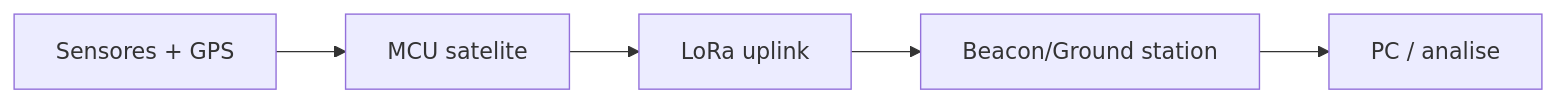
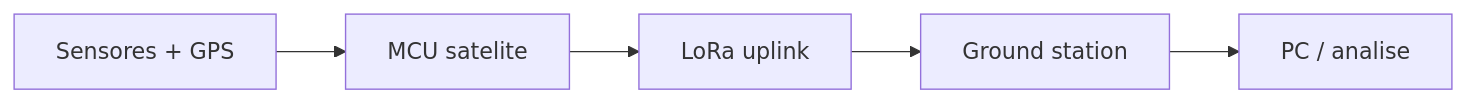
Before and after one commit to Serra-Rocketry/satellite: the second of 2 diagrams in docs/flowchart.md, drawn with Mermaid. The commit also changed 44 other files, not shown here.

````diff
--- a/docs/flowchart.md
+++ b/docs/flowchart.md
@@ -16,7 +16,7 @@
 ```mermaid
 flowchart LR
     S[Sensores + GPS] --> M[MCU satelite]
     M --> L[LoRa uplink]
-    L --> B[Beacon/Ground station]
+    L --> B[Ground station]
     B --> P[PC / analise]
 ```
````
